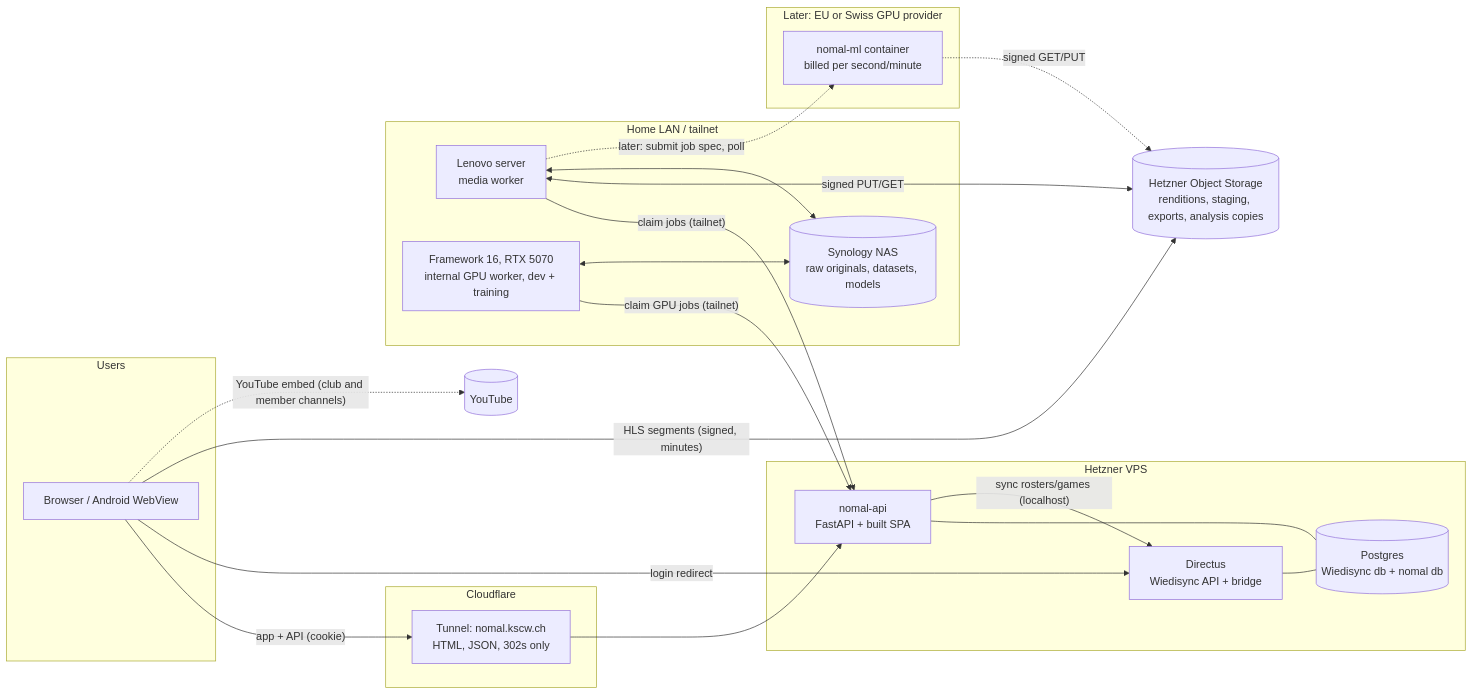
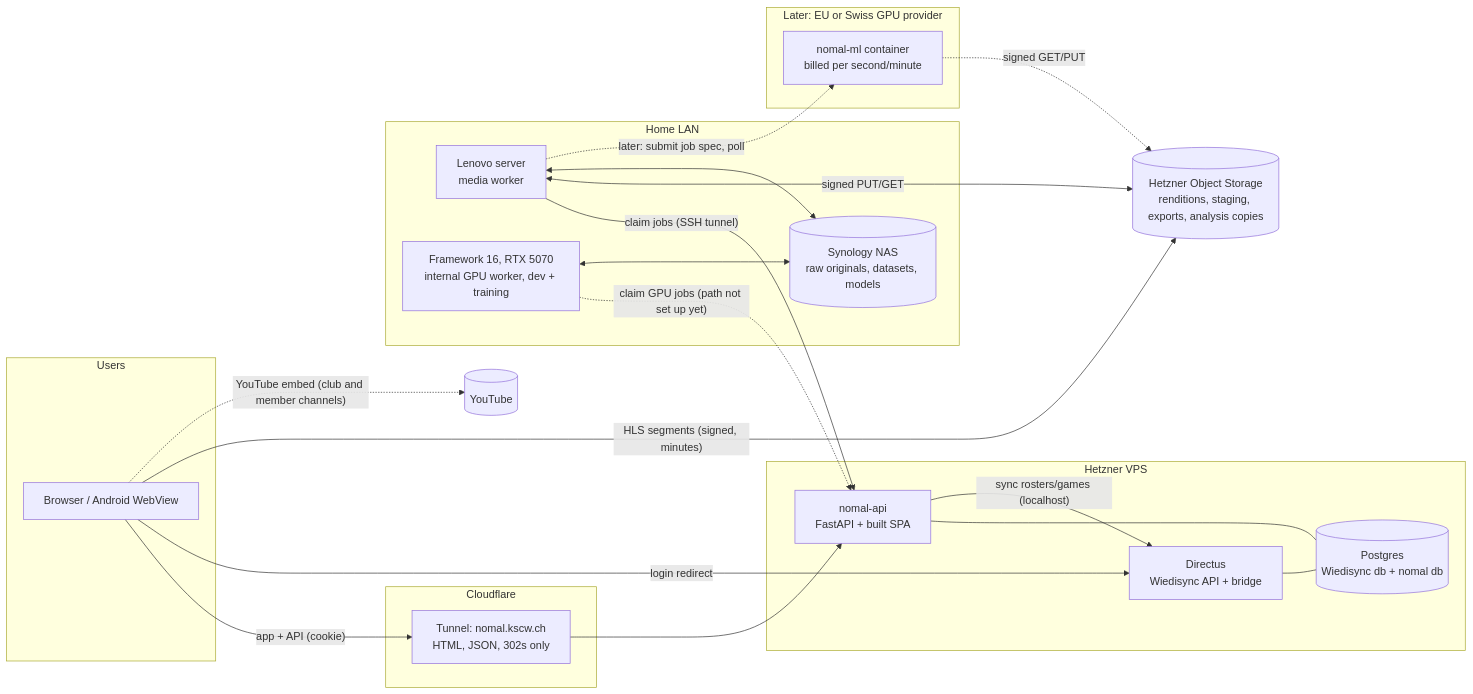
One commit to KSC-Wiedikon/wieplay changed the first of 4 diagrams in docs/PLAN.md. Above: the diagram before and after it, drawn with Mermaid. The commit also changed other lines of this file and 9 other files, not shown here.

First line of the commit message:
docs(ops): workers reach the API through an SSH tunnel, not the tailnet

````diff
--- a/docs/PLAN.md
+++ b/docs/PLAN.md
@@ -111,43 +111,43 @@
 ```mermaid
 flowchart LR
   subgraph Users
     B[Browser / Android WebView]
   end
 
   subgraph CF[Cloudflare]
     T[Tunnel: nomal.kscw.ch<br/>HTML, JSON, 302s only]
   end
 
   subgraph H[Hetzner VPS]
     API[nomal-api<br/>FastAPI + built SPA]
     DX[Directus<br/>Wiedisync API + bridge]
     PG[(Postgres<br/>Wiedisync db + nomal db)]
   end
 
   OS[(Hetzner Object Storage<br/>renditions, staging, exports, analysis copies)]
 
-  subgraph Home[Home LAN / tailnet]
+  subgraph Home[Home LAN]
     LS[Lenovo server<br/>media worker]
     FW[Framework 16, RTX 5070<br/>internal GPU worker, dev + training]
     NAS[(Synology NAS<br/>raw originals, datasets, models)]
   end
 
   subgraph Later[Later: EU or Swiss GPU provider]
     ML[nomal-ml container<br/>billed per second/minute]
   end
 
   B -- "app + API (cookie)" --> T --> API
   B -- "login redirect" --> DX
   B -- "HLS segments (signed, minutes)" --> OS
   B -. "YouTube embed (club and member channels)" .-> YT[(YouTube)]
   API --- PG
   DX --- PG
   API -- "sync rosters/games (localhost)" --> DX
-  LS -- "claim jobs (tailnet)" --> API
-  FW -- "claim GPU jobs (tailnet)" --> API
+  LS -- "claim jobs (SSH tunnel)" --> API
+  FW -. "claim GPU jobs (path not set up yet)" .-> API
   LS <-- "signed PUT/GET" --> OS
   LS <--> NAS
   FW <--> NAS
   LS -. "later: submit job spec, poll" .-> ML
   ML -. "signed GET/PUT" .-> OS
 ```
````
